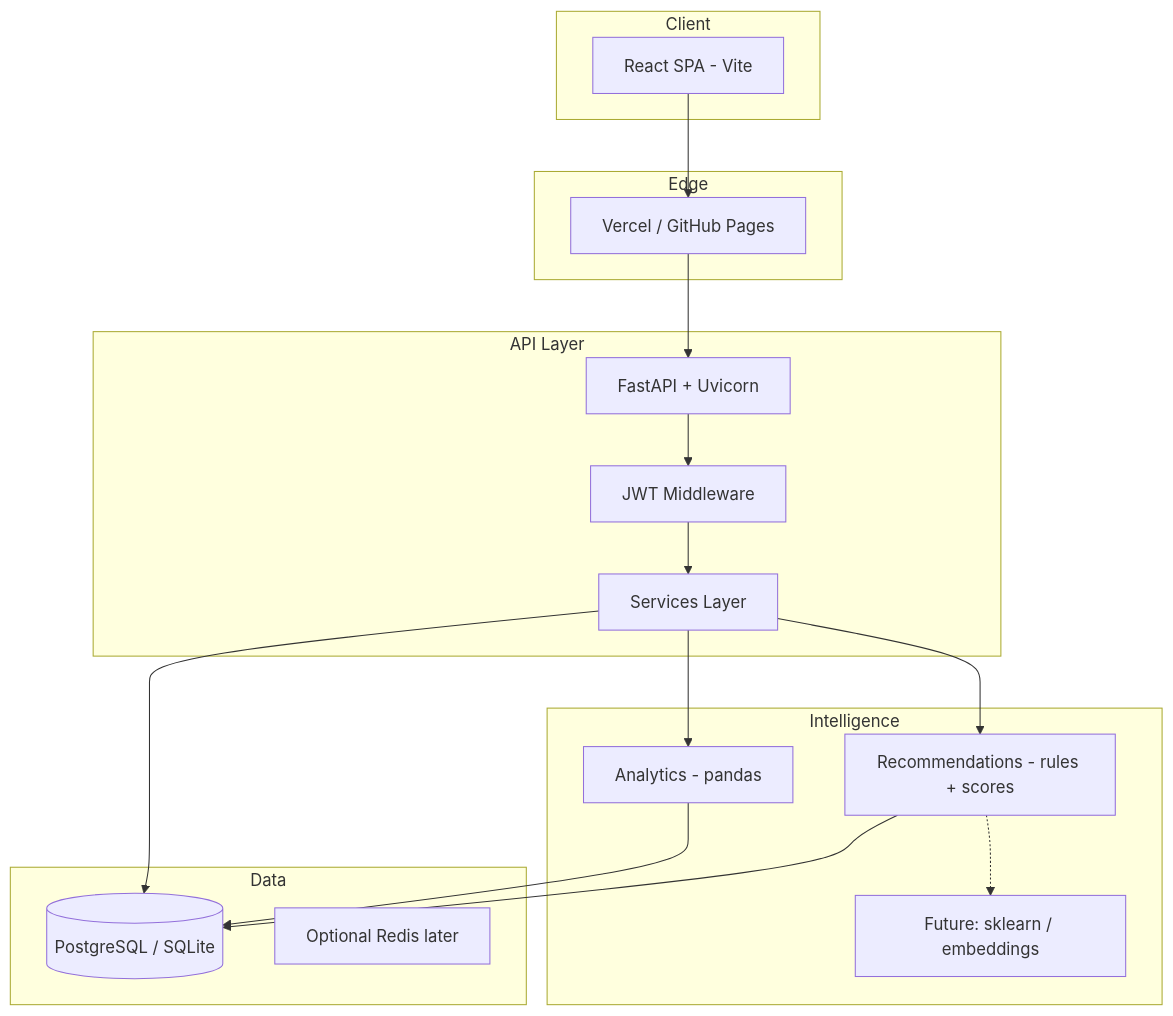
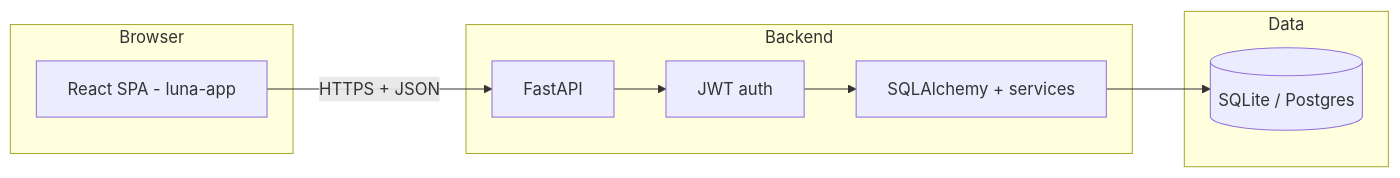
Before and after one commit to Lindsay522/LendingClubProject: the diagram in luna-platform/README.md, drawn with Mermaid. The commit also changed other lines of this file, not shown here.

First line of the commit message:
docs: clarify luna-platform README for reviewers and luna-app integration

````diff
--- a/luna-platform/README.md
+++ b/luna-platform/README.md
@@ -7,33 +22,18 @@
 ```mermaid
-flowchart TB
-  subgraph client [Client]
-    FE[React SPA - Vite]
+flowchart LR
+  subgraph client [Browser]
+    SPA[React SPA - luna-app]
   end
-  subgraph edge [Edge]
-    CDN[Vercel / GitHub Pages]
-  end
-  subgraph api [API Layer]
-    GW[FastAPI + Uvicorn]
-    AUTH[JWT Middleware]
-    SVC[Services Layer]
+  subgraph api [Backend]
+    GW[FastAPI]
+    JWT[JWT auth]
+    SVC[SQLAlchemy + services]
   end
   subgraph data [Data]
-    DB[(PostgreSQL / SQLite)]
-    CACHE[Optional Redis later]
+    DB[(SQLite / Postgres)]
   end
-  subgraph intelligence [Intelligence]
-    AN[Analytics - pandas]
-    REC[Recommendations - rules + scores]
-    ML[Future: sklearn / embeddings]
-  end
-  FE --> CDN
-  CDN --> GW
-  GW --> AUTH
-  AUTH --> SVC
+  SPA -->|HTTPS + JSON| GW
+  GW --> JWT
+  JWT --> SVC
   SVC --> DB
-  SVC --> AN
-  SVC --> REC
-  AN --> DB
-  REC --> DB
-  REC -.-> ML
 ```
````
